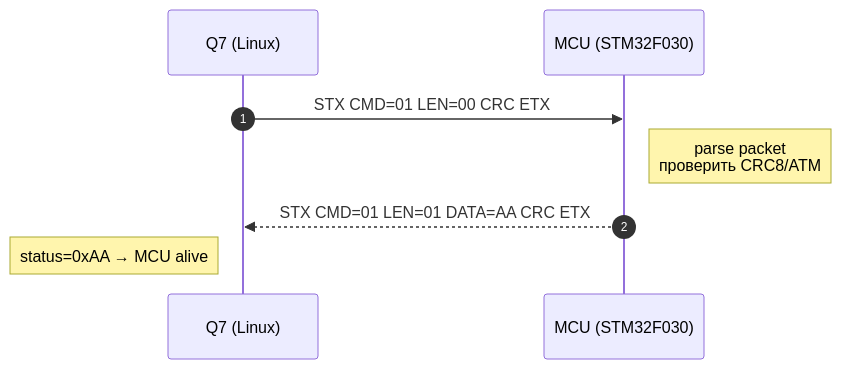
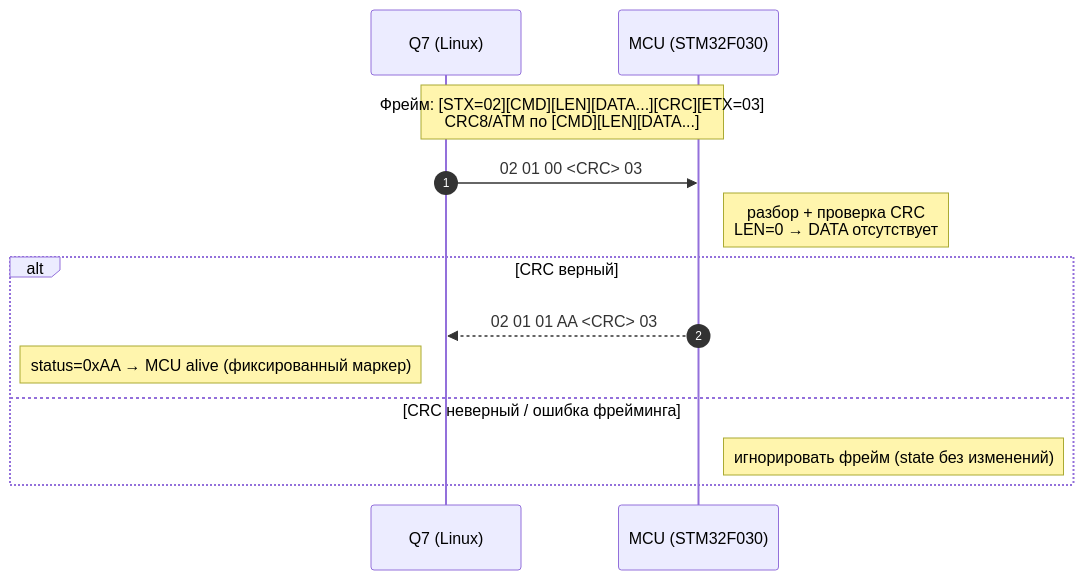
One commit to n-korel/power_controller changed the first of 6 diagrams in README.md. Above: the diagram before and after it, drawn with Mermaid. The commit also changed other lines of this file and 1 other file, not shown here.

````diff
--- a/README.md
+++ b/README.md
@@ -1592,11 +1592,16 @@
 ```mermaid
 sequenceDiagram
     autonumber
     participant Q7 as Q7 (Linux)
     participant MCU as MCU (STM32F030)
 
-    Q7->>MCU: STX CMD=01 LEN=00 CRC ETX
-    Note right of MCU: parse packet<br/>проверить CRC8/ATM
-    MCU-->>Q7: STX CMD=01 LEN=01 DATA=AA CRC ETX
-    Note left of Q7: status=0xAA → MCU alive
+    Note over Q7,MCU: Фрейм: [STX=02][CMD][LEN][DATA...][CRC][ETX=03]<br/>CRC8/ATM по [CMD][LEN][DATA...]
+    Q7->>MCU: 02 01 00 <CRC> 03
+    Note right of MCU: разбор + проверка CRC<br/>LEN=0 → DATA отсутствует
+    alt CRC верный
+        MCU-->>Q7: 02 01 01 AA <CRC> 03
+        Note left of Q7: status=0xAA → MCU alive (фиксированный маркер)
+    else CRC неверный / ошибка фрейминга
+        Note right of MCU: игнорировать фрейм (state без изменений)
+    end
 ```
````
